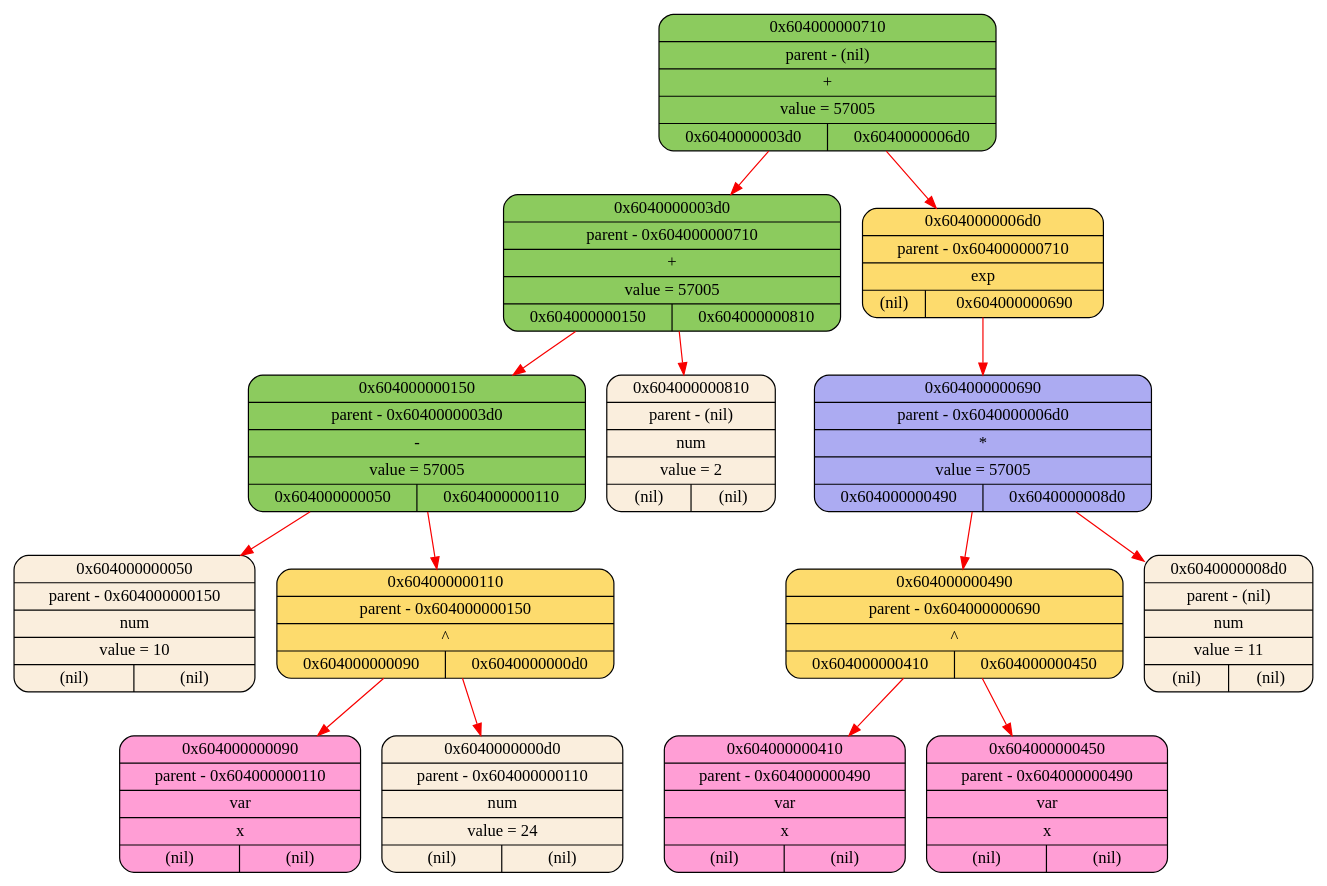
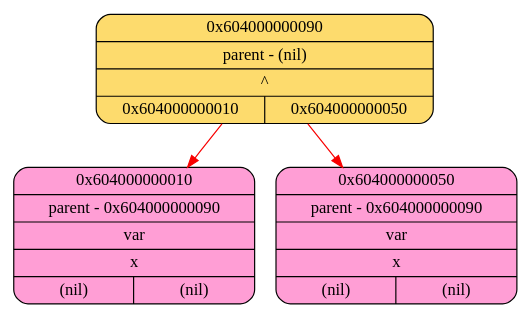
The diagram in logs/log_graphviz.dot (2APetrin/differentiator), drawn with Graphviz before and after one commit. The commit also changed 34 other files, not shown here.

```diff
--- a/logs/log_graphviz.dot
+++ b/logs/log_graphviz.dot
@@ -1,30 +1,8 @@
 digraph
 {
-    node_0x604000000050[shape = Mrecord, label = "{{0x604000000050} | {parent - 0x604000000150} | {num} | {value = 10} | {(nil)|(nil)}}", style = "filled", fillcolor = "#FAEEDD"];
-    node_0x604000000090[shape = Mrecord, label = "{{0x604000000090} | {parent - 0x604000000110} | {var} | {x} | {(nil)|(nil)}}", style = "filled", fillcolor = "#FF9ED5"];
-    node_0x6040000000d0[shape = Mrecord, label = "{{0x6040000000d0} | {parent - 0x604000000110} | {num} | {value = 24} | {(nil)|(nil)}}", style = "filled", fillcolor = "#FAEEDD"];
-    node_0x604000000110[shape = Mrecord, label = "{{0x604000000110} | {parent - 0x604000000150} | {^} | {0x604000000090|0x6040000000d0}}", style = "filled", fillcolor = "#FDDB6D"];
-    node_0x604000000150[shape = Mrecord, label = "{{0x604000000150} | {parent - 0x6040000003d0} | {-} | {value = 57005} | {0x604000000050|0x604000000110}}", style = "filled", fillcolor = "#8CCB5E"];
-    node_0x604000000810[shape = Mrecord, label = "{{0x604000000810} | {parent - (nil)} | {num} | {value = 2} | {(nil)|(nil)}}", style = "filled", fillcolor = "#FAEEDD"];
-    node_0x6040000003d0[shape = Mrecord, label = "{{0x6040000003d0} | {parent - 0x604000000710} | {+} | {value = 57005} | {0x604000000150|0x604000000810}}", style = "filled", fillcolor = "#8CCB5E"];
-    node_0x604000000410[shape = Mrecord, label = "{{0x604000000410} | {parent - 0x604000000490} | {var} | {x} | {(nil)|(nil)}}", style = "filled", fillcolor = "#FF9ED5"];
-    node_0x604000000450[shape = Mrecord, label = "{{0x604000000450} | {parent - 0x604000000490} | {var} | {x} | {(nil)|(nil)}}", style = "filled", fillcolor = "#FF9ED5"];
-    node_0x604000000490[shape = Mrecord, label = "{{0x604000000490} | {parent - 0x604000000690} | {^} | {0x604000000410|0x604000000450}}", style = "filled", fillcolor = "#FDDB6D"];
-    node_0x6040000008d0[shape = Mrecord, label = "{{0x6040000008d0} | {parent - (nil)} | {num} | {value = 11} | {(nil)|(nil)}}", style = "filled", fillcolor = "#FAEEDD"];
-    node_0x604000000690[shape = Mrecord, label = "{{0x604000000690} | {parent - 0x6040000006d0} | {*} | {value = 57005} | {0x604000000490|0x6040000008d0}}", style = "filled", fillcolor = "#ACABF2"];
-    node_0x6040000006d0[shape = Mrecord, label = "{{0x6040000006d0} | {parent - 0x604000000710} | {exp} | {(nil)|0x604000000690}}", style = "filled", fillcolor = "#FDDB6D"];
-    node_0x604000000710[shape = Mrecord, label = "{{0x604000000710} | {parent - (nil)} | {+} | {value = 57005} | {0x6040000003d0|0x6040000006d0}}", style = "filled", fillcolor = "#8CCB5E"];
-    node_0x604000000710->node_0x6040000003d0 [color = "#F80000"];
-    node_0x6040000003d0->node_0x604000000150 [color = "#F80000"];
-    node_0x604000000150->node_0x604000000050 [color = "#F80000"];
-    node_0x604000000150->node_0x604000000110 [color = "#F80000"];
-    node_0x604000000110->node_0x604000000090 [color = "#F80000"];
-    node_0x604000000110->node_0x6040000000d0 [color = "#F80000"];
-    node_0x6040000003d0->node_0x604000000810 [color = "#F80000"];
-    node_0x604000000710->node_0x6040000006d0 [color = "#F80000"];
-    node_0x6040000006d0->node_0x604000000690 [color = "#F80000"];
-    node_0x604000000690->node_0x604000000490 [color = "#F80000"];
-    node_0x604000000490->node_0x604000000410 [color = "#F80000"];
-    node_0x604000000490->node_0x604000000450 [color = "#F80000"];
-    node_0x604000000690->node_0x6040000008d0 [color = "#F80000"];
+    node_0x604000000010[shape = Mrecord, label = "{{0x604000000010} | {parent - 0x604000000090} | {var} | {x} | {(nil)|(nil)}}", style = "filled", fillcolor = "#FF9ED5"];
+    node_0x604000000050[shape = Mrecord, label = "{{0x604000000050} | {parent - 0x604000000090} | {var} | {x} | {(nil)|(nil)}}", style = "filled", fillcolor = "#FF9ED5"];
+    node_0x604000000090[shape = Mrecord, label = "{{0x604000000090} | {parent - (nil)} | {^} | {0x604000000010|0x604000000050}}", style = "filled", fillcolor = "#FDDB6D"];
+    node_0x604000000090->node_0x604000000010 [color = "#F80000"];
+    node_0x604000000090->node_0x604000000050 [color = "#F80000"];
 }
```
